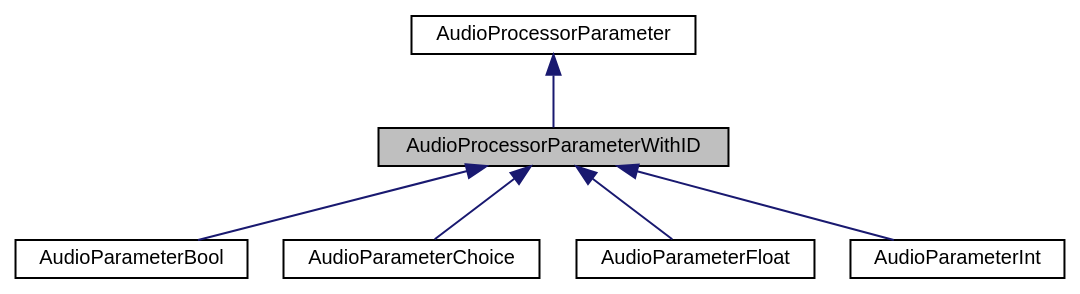
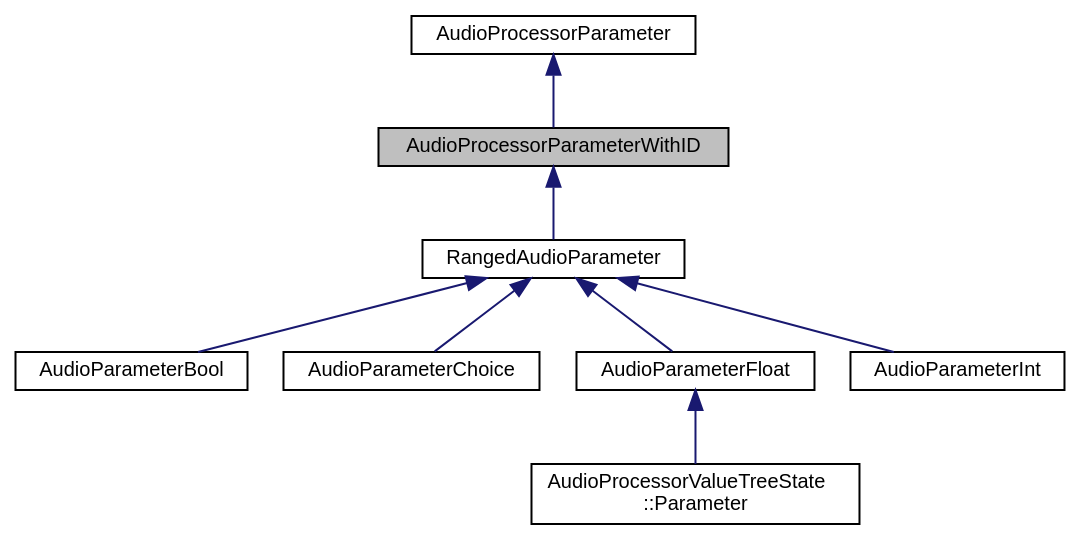
The diagram in doc/classAudioProcessorParameterWithID__inherit__graph.dot (klangfreund/jucedoc), drawn with Graphviz before and after one commit. The commit also changed 2776 other files, not shown here.

```diff
--- a/doc/classAudioProcessorParameterWithID__inherit__graph.dot
+++ b/doc/classAudioProcessorParameterWithID__inherit__graph.dot
@@ -1,17 +1,21 @@
 digraph "AudioProcessorParameterWithID"
 {
   bgcolor="transparent";
   edge [fontname="Helvetica",fontsize="10",labelfontname="Helvetica",labelfontsize="10"];
   node [fontname="Helvetica",fontsize="10",shape=record];
   Node0 [label="AudioProcessorParameterWithID",height=0.2,width=0.4,color="black", fillcolor="grey75", style="filled", fontcolor="black"];
   Node1 -> Node0 [dir="back",color="midnightblue",fontsize="10",style="solid",fontname="Helvetica"];
   Node1 [label="AudioProcessorParameter",height=0.2,width=0.4,color="black",URL="$classAudioProcessorParameter.html",tooltip="An abstract base class for parameter objects that can be added to an AudioProcessor. "];
   Node0 -> Node2 [dir="back",color="midnightblue",fontsize="10",style="solid",fontname="Helvetica"];
-  Node2 [label="AudioParameterBool",height=0.2,width=0.4,color="black",URL="$classAudioParameterBool.html",tooltip="Provides a class of AudioProcessorParameter that can be used as a boolean value. "];
-  Node0 -> Node3 [dir="back",color="midnightblue",fontsize="10",style="solid",fontname="Helvetica"];
-  Node3 [label="AudioParameterChoice",height=0.2,width=0.4,color="black",URL="$classAudioParameterChoice.html",tooltip="Provides a class of AudioProcessorParameter that can be used to select an indexed, named choice from a list. "];
-  Node0 -> Node4 [dir="back",color="midnightblue",fontsize="10",style="solid",fontname="Helvetica"];
-  Node4 [label="AudioParameterFloat",height=0.2,width=0.4,color="black",URL="$classAudioParameterFloat.html",tooltip="A subclass of AudioProcessorParameter that provides an easy way to create a parameter which maps onto..."];
-  Node0 -> Node5 [dir="back",color="midnightblue",fontsize="10",style="solid",fontname="Helvetica"];
-  Node5 [label="AudioParameterInt",height=0.2,width=0.4,color="black",URL="$classAudioParameterInt.html",tooltip="Provides a class of AudioProcessorParameter that can be used as an integer value with a given range..."];
+  Node2 [label="RangedAudioParameter",height=0.2,width=0.4,color="black",URL="$classRangedAudioParameter.html",tooltip="This abstract base class is used by some AudioProcessorParameter helper classes. "];
+  Node2 -> Node3 [dir="back",color="midnightblue",fontsize="10",style="solid",fontname="Helvetica"];
+  Node3 [label="AudioParameterBool",height=0.2,width=0.4,color="black",URL="$classAudioParameterBool.html",tooltip="Provides a class of AudioProcessorParameter that can be used as a boolean value. "];
+  Node2 -> Node4 [dir="back",color="midnightblue",fontsize="10",style="solid",fontname="Helvetica"];
+  Node4 [label="AudioParameterChoice",height=0.2,width=0.4,color="black",URL="$classAudioParameterChoice.html",tooltip="Provides a class of AudioProcessorParameter that can be used to select an indexed, named choice from a list. "];
+  Node2 -> Node5 [dir="back",color="midnightblue",fontsize="10",style="solid",fontname="Helvetica"];
+  Node5 [label="AudioParameterFloat",height=0.2,width=0.4,color="black",URL="$classAudioParameterFloat.html",tooltip="A subclass of AudioProcessorParameter that provides an easy way to create a parameter which maps onto..."];
+  Node5 -> Node6 [dir="back",color="midnightblue",fontsize="10",style="solid",fontname="Helvetica"];
+  Node6 [label="AudioProcessorValueTreeState\l::Parameter",height=0.2,width=0.4,color="black",URL="$classAudioProcessorValueTreeState_1_1Parameter.html",tooltip="A parameter class that maintains backwards compatibility with deprecated AudioProcessorValueTreeState..."];
+  Node2 -> Node7 [dir="back",color="midnightblue",fontsize="10",style="solid",fontname="Helvetica"];
+  Node7 [label="AudioParameterInt",height=0.2,width=0.4,color="black",URL="$classAudioParameterInt.html",tooltip="Provides a class of AudioProcessorParameter that can be used as an integer value with a given range..."];
 }
```
